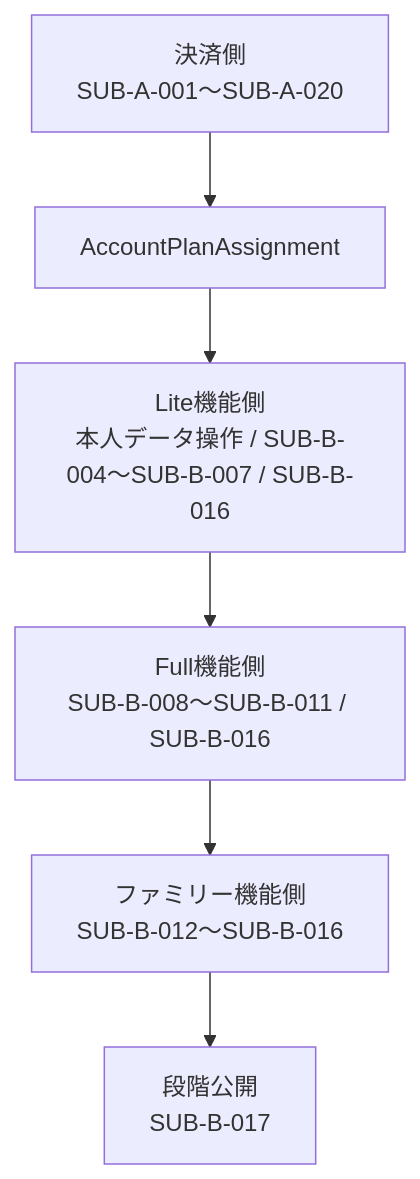
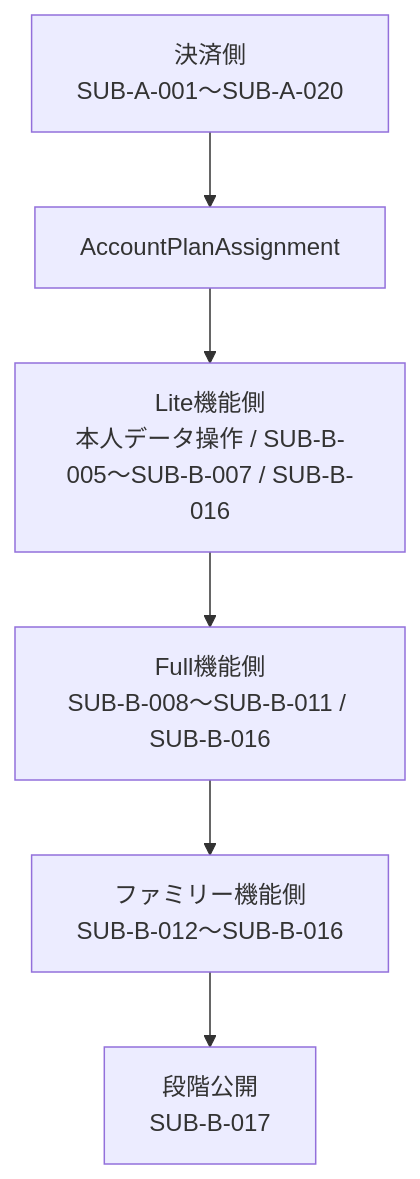
Before and after one commit to kkyosuke/me-builder: the third of 3 diagrams in docs/development/subscription-remaining-tasks.md, drawn with Mermaid. The commit also changed other lines of this file and 20 other files, not shown here.

````diff
--- a/docs/development/subscription-remaining-tasks.md
+++ b/docs/development/subscription-remaining-tasks.md
@@ -99,8 +99,8 @@
 ```mermaid
 flowchart TD
     A[決済側<br/>SUB-A-001〜SUB-A-020] --> I[AccountPlanAssignment]
-    I --> L[Lite機能側<br/>本人データ操作 / SUB-B-004〜SUB-B-007 / SUB-B-016]
+    I --> L[Lite機能側<br/>本人データ操作 / SUB-B-005〜SUB-B-007 / SUB-B-016]
     L --> U[Full機能側<br/>SUB-B-008〜SUB-B-011 / SUB-B-016]
     U --> F[ファミリー機能側<br/>SUB-B-012〜SUB-B-016]
     F --> R[段階公開<br/>SUB-B-017]
 ```
````
